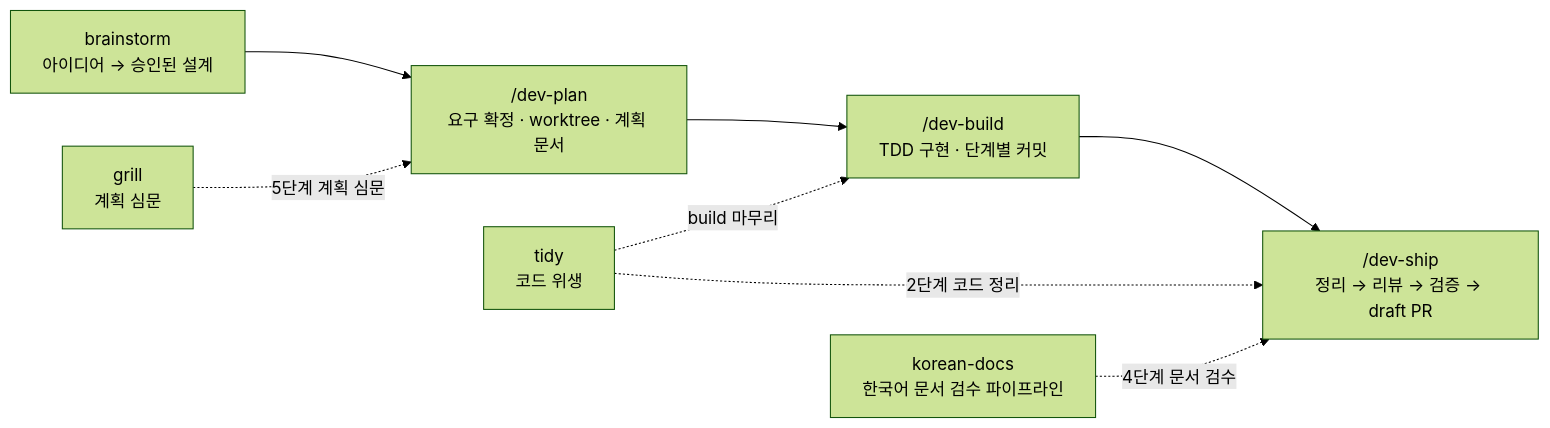
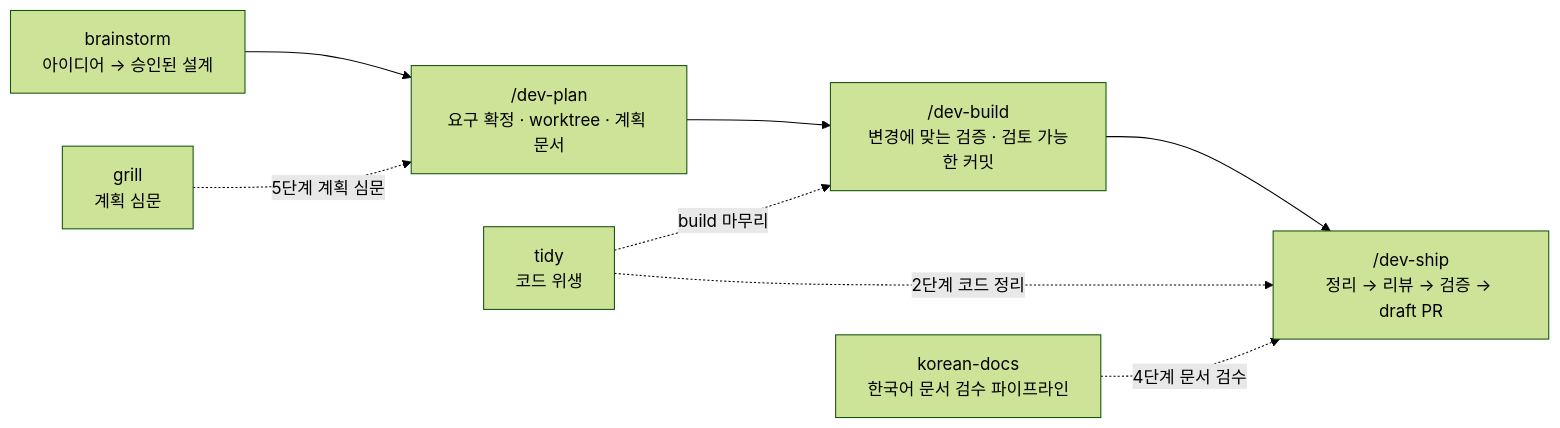
The diagram in README.md (ruccess/skills), drawn with Mermaid (forest theme) before and after one commit. The commit also changed other lines of this file and 1 other file, not shown here.

````diff
--- a/README.md
+++ b/README.md
@@ -10,16 +10,16 @@
 ```mermaid
 flowchart LR
     P["/dev-plan<br/>요구 확정 · worktree · 계획 문서"]
-    B["/dev-build<br/>TDD 구현 · 단계별 커밋"]
+    B["/dev-build<br/>변경에 맞는 검증 · 검토 가능한 커밋"]
     S["/dev-ship<br/>정리 → 리뷰 → 검증 → draft PR"]
     K["korean-docs<br/>한국어 문서 검수 파이프라인"]
     T["tidy<br/>코드 위생"]
     BR["brainstorm<br/>아이디어 → 승인된 설계"]
     G["grill<br/>계획 심문"]
     BR --> P
     G -.->|5단계 계획 심문| P
     P --> B --> S
     T -.->|build 마무리| B
     T -.->|2단계 코드 정리| S
     K -.->|4단계 문서 검수| S
 ```
````
